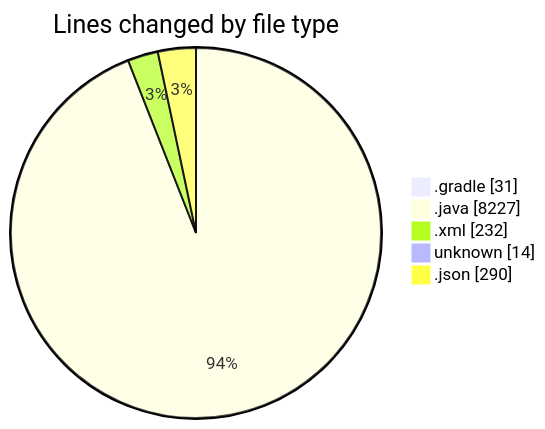
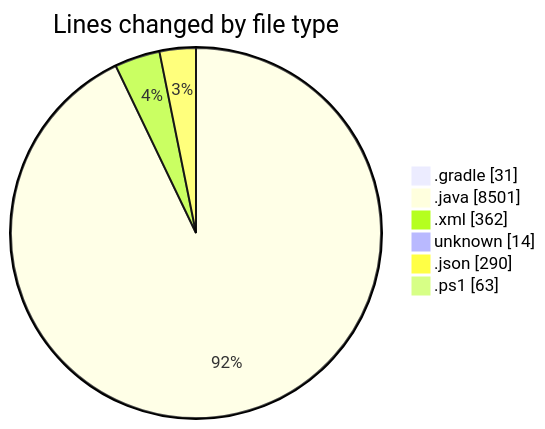
The first of 2 diagrams in 2025-02-21/micros/README.md (charlie-sans/code-tracking), drawn with Mermaid before and after one commit. The commit also changed other lines of this file and 1 other file, not shown here.

````diff
--- a/2025-02-21/micros/README.md
+++ b/2025-02-21/micros/README.md
@@ -65,9 +68,10 @@
 ```mermaid
 pie showData
 title Lines changed by file type
 ".gradle" : 31
-".java" : 8227
-".xml" : 232
+".java" : 8501
+".xml" : 362
 "unknown" : 14
 ".json" : 290
+".ps1" : 63
 ```
````
